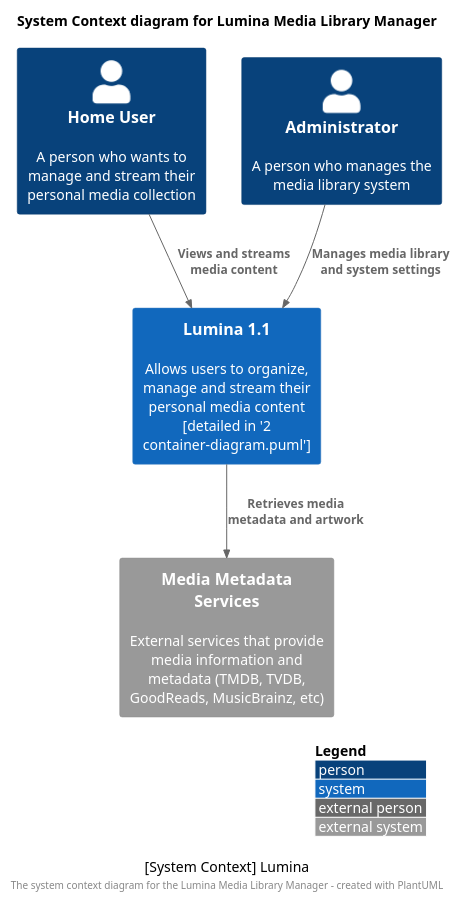
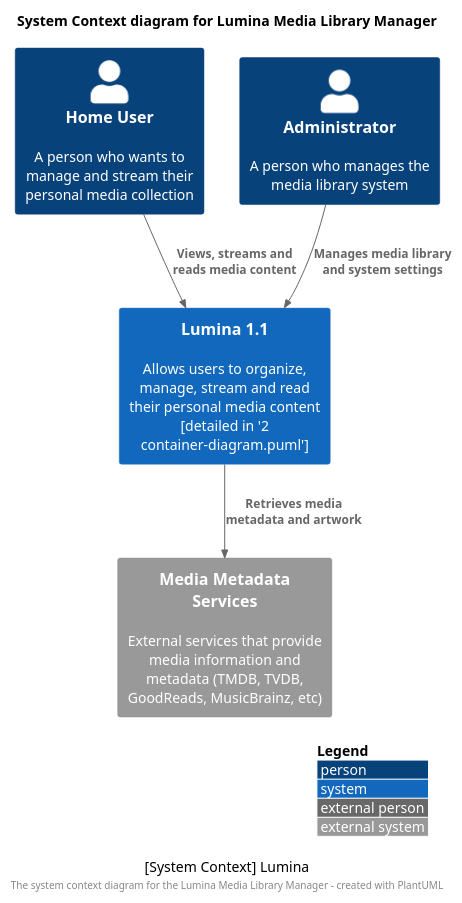
Before and after one commit to BinaryAlley/Lumina: the diagram in docs/technical/architecture/1 system-context-diagram.puml, drawn with PlantUML. The commit also changed 3 other files, not shown here.

Commit message:
Updates architecture diagrams with the book reading flow

```diff
--- a/docs/technical/architecture/1 system-context-diagram.puml
+++ b/docs/technical/architecture/1 system-context-diagram.puml
@@ -1,22 +1,22 @@
 @startuml Lumina System Context Diagram
 !include <C4/C4_Context>
 
 LAYOUT_WITH_LEGEND()
 title System Context diagram for Lumina Media Library Manager
 
 Person(user, "Home User", "A person who wants to manage and stream their personal media collection")
 Person(admin, "Administrator", "A person who manages the media library system")
 
-System(lumina, "Lumina 1.1", "Allows users to organize, manage and stream their personal media content [detailed in '2 container-diagram.puml']")
+System(lumina, "Lumina 1.1", "Allows users to organize, manage, stream and read their personal media content [detailed in '2 container-diagram.puml']")
 
 System_Ext(metadataProvider, "Media Metadata Services", "External services that provide media information and metadata (TMDB, TVDB, GoodReads, MusicBrainz, etc)")
 
-Rel(user, lumina, "Views and streams media content")
+Rel(user, lumina, "Views, streams and reads media content")
 Rel(admin, lumina, "Manages media library and system settings")
 Rel(lumina, metadataProvider, "Retrieves media metadata and artwork")
 
 caption [System Context] Lumina
 
 footer The system context diagram for the Lumina Media Library Manager - created with PlantUML
 
 @enduml
```
